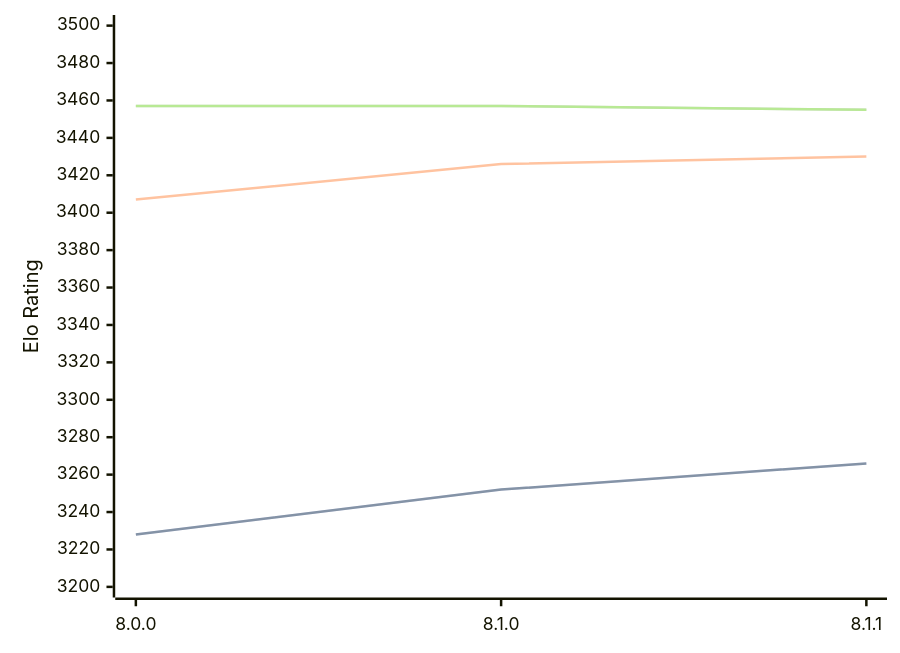
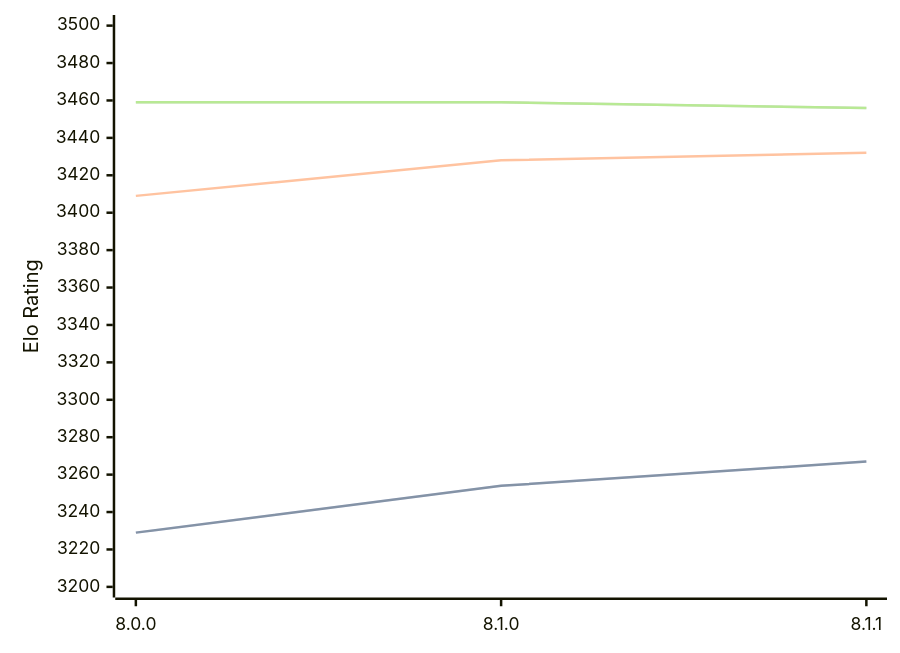
One commit to computer-chess-index/cci changed the third of 3 diagrams in engines/Velvet.md. Above: the diagram before and after it, drawn with Mermaid. The commit also changed other lines of this file, not shown here.

Commit message:
Update CCI Ratings (ELO VLTC) - 2026-06-30

````diff
--- a/engines/Velvet.md
+++ b/engines/Velvet.md
@@ -90,11 +90,11 @@
 ```mermaid
 %%{init: {"theme":"base","themeVariables":{"seriesColors:['#a3a3a3','#222221','#faa371']}}}%%
 xychart-beta
   x-axis ["8.0.0", "8.1.0", "8.1.1"]
   y-axis "Elo Rating" 3200 --> 3500
-  line "STC (8.0+0.08s)" [3228, 3252, 3266]
-  line "STC (8.0+0.08s)" [3228, 3252, 3266]
-  line "LTC (60.0+0.60s)" [3407, 3426, 3430]
-  line "VLTC (2m24s+1.12s)" [3457, 3457, 3455]
-  line "VLTC (2m24s+1.12s)" [3457, 3457, 3455]
+  line "STC (8.0+0.08s)" [3229, 3254, 3267]
+  line "STC (8.0+0.08s)" [3229, 3254, 3267]
+  line "LTC (60.0+0.60s)" [3409, 3428, 3432]
+  line "VLTC (2m24s+1.12s)" [3459, 3459, 3456]
+  line "VLTC (2m24s+1.12s)" [3459, 3459, 3456]
 ```
````
